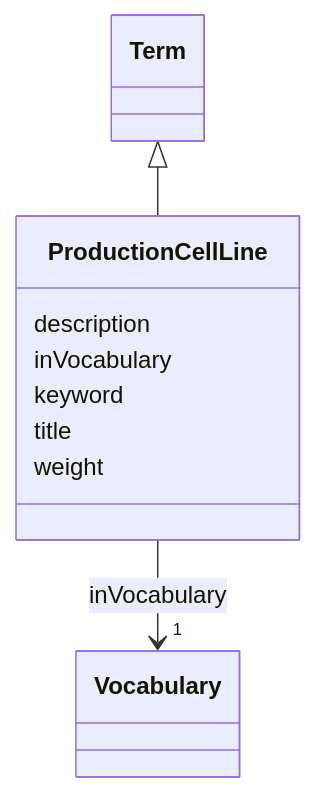
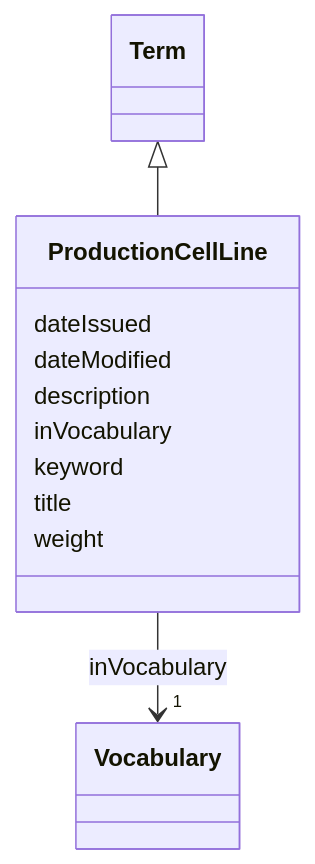
The diagram in models/docs/ProductionCellLine.md (EVORA-project/evora-ontology), drawn with Mermaid before and after one commit. The commit also changed other lines of this file and 377 other files, not shown here.

````diff
--- a/models/docs/ProductionCellLine.md
+++ b/models/docs/ProductionCellLine.md
@@ -19,26 +19,30 @@
 ```mermaid
  classDiagram
     class ProductionCellLine
     click ProductionCellLine href "../ProductionCellLine"
       Term <|-- ProductionCellLine
         click Term href "../Term"
       
+      ProductionCellLine : dateIssued
+        
+      ProductionCellLine : dateModified
+        
       ProductionCellLine : description
         
       ProductionCellLine : inVocabulary
         
           
     
     
     ProductionCellLine --> "1" Vocabulary : inVocabulary
     click Vocabulary href "../Vocabulary"
 
         
       ProductionCellLine : keyword
         
       ProductionCellLine : title
         
       ProductionCellLine : weight
         
       
 ```
````
